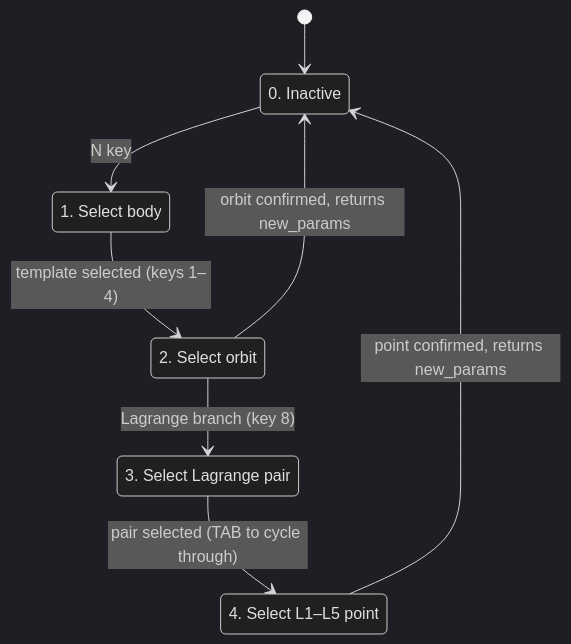
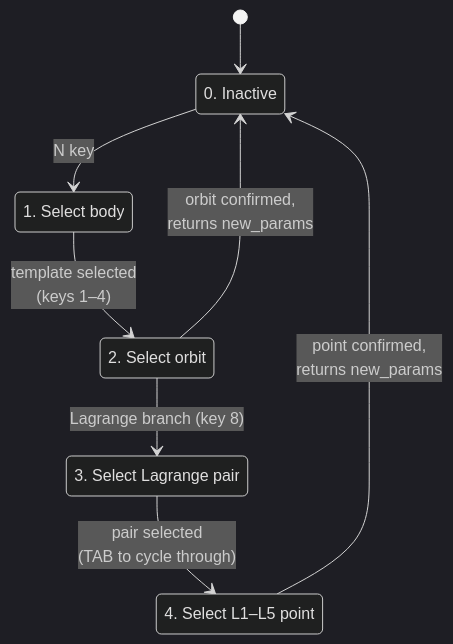
One commit to alessandro-pioli/AstroCausal_Engine changed diagram 11 of 11 in ARCHITECTURE_DEEP_DIVE.md. Above: the diagram before and after it, drawn with Mermaid (dark theme). The commit also changed 1 other file, not shown here.

Commit message:
docs: interruzioni di riga nel diagramma di stato

````diff
--- a/ARCHITECTURE_DEEP_DIVE.md
+++ b/ARCHITECTURE_DEEP_DIVE.md
@@ -809,15 +809,15 @@
 ```mermaid
 stateDiagram-v2
     s0 : 0. Inactive
     s1 : 1. Select body
     s2 : 2. Select orbit
     s3 : 3. Select Lagrange pair
     s4 : 4. Select L1–L5 point
     [*] --> s0
     s0 --> s1 : N key
-    s1 --> s2 : template selected (keys 1–4)
-    s2 --> s0 : orbit confirmed, returns new_params
+    s1 --> s2 : template selected<br/>(keys 1–4)
+    s2 --> s0 : orbit confirmed,<br/>returns new_params
     s2 --> s3 : Lagrange branch (key 8)
-    s3 --> s4: pair selected (TAB to cycle through)
-    s4 --> s0: point confirmed, returns new_params
+    s3 --> s4 : pair selected<br/>(TAB to cycle through)
+    s4 --> s0 : point confirmed,<br/>returns new_params
 ```
````
